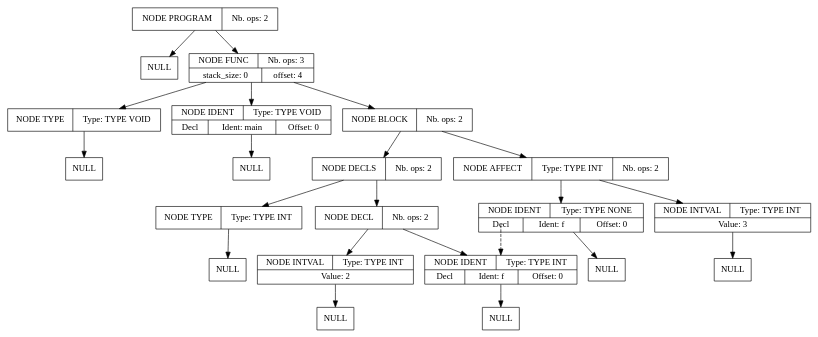
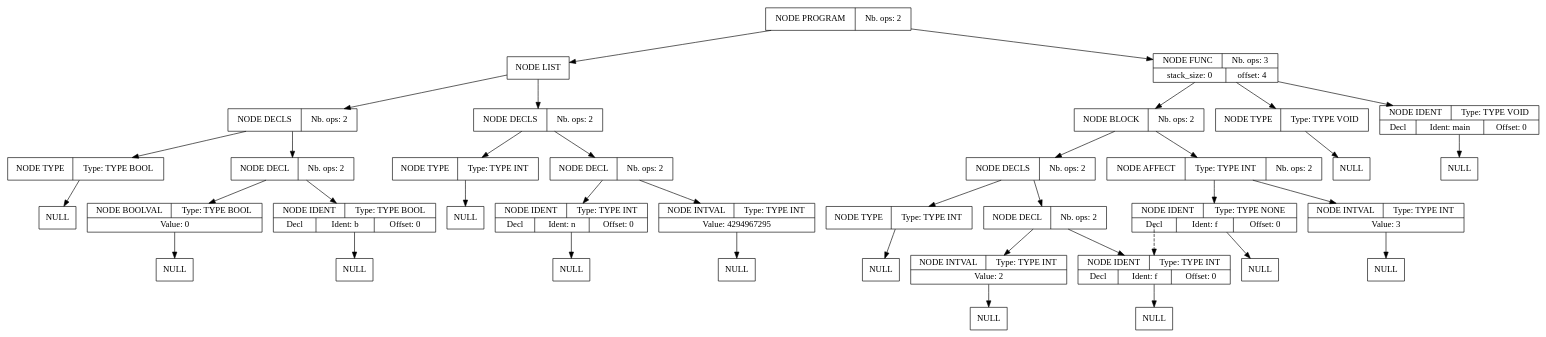
Before and after one commit to Serial-DeV/Compilation: the diagram in projet_compilation_src/src/fichier_dump_fin.dot, drawn with Graphviz. The commit also changed 12 other files, not shown here.

```diff
--- a/projet_compilation_src/src/fichier_dump_fin.dot
+++ b/projet_compilation_src/src/fichier_dump_fin.dot
@@ -1,65 +1,113 @@
 digraph global_vars {
     N1 [shape=record, label="{{NODE PROGRAM|Nb. ops: 2}}"];
-    N2 [shape=record, label="{{NULL}}"];
-    edge[tailclip=true];
-    N1 -> N2
-    N3 [shape=record, label="{{NODE FUNC|Nb. ops: 3}|{stack_size: 0|offset: 4}}"];
-    N4 [shape=record, label="{{NODE TYPE|Type: TYPE VOID}}"];
+    N2 [shape=record, label="{{NODE LIST}}"];
+    N3 [shape=record, label="{{NODE DECLS|Nb. ops: 2}}"];
+    N4 [shape=record, label="{{NODE TYPE|Type: TYPE INT}}"];
     N5 [shape=record, label="{{NULL}}"];
     edge[tailclip=true];
     N4 -> N5
     edge[tailclip=true];
     N3 -> N4
-    N6 [shape=record, label="{{NODE IDENT|Type: TYPE VOID}|{<decl>Decl      |Ident: main|Offset: 0}}"];
-    N7 [shape=record, label="{{NULL}}"];
+    N6 [shape=record, label="{{NODE DECL|Nb. ops: 2}}"];
+    N7 [shape=record, label="{{NODE IDENT|Type: TYPE INT}|{<decl>Decl      |Ident: n|Offset: 0}}"];
+    N8 [shape=record, label="{{NULL}}"];
+    edge[tailclip=true];
+    N7 -> N8
     edge[tailclip=true];
     N6 -> N7
+    N9 [shape=record, label="{{NODE INTVAL|Type: TYPE INT}|{Value: 4294967295}}"];
+    N10 [shape=record, label="{{NULL}}"];
+    edge[tailclip=true];
+    N9 -> N10
+    edge[tailclip=true];
+    N6 -> N9
     edge[tailclip=true];
     N3 -> N6
-    N8 [shape=record, label="{{NODE BLOCK|Nb. ops: 2}}"];
-    N9 [shape=record, label="{{NODE DECLS|Nb. ops: 2}}"];
-    N10 [shape=record, label="{{NODE TYPE|Type: TYPE INT}}"];
-    N11 [shape=record, label="{{NULL}}"];
     edge[tailclip=true];
-    N10 -> N11
-    edge[tailclip=true];
-    N9 -> N10
-    N12 [shape=record, label="{{NODE DECL|Nb. ops: 2}}"];
-    N13 [shape=record, label="{{NODE IDENT|Type: TYPE INT}|{<decl>Decl      |Ident: f|Offset: 0}}"];
-    N14 [shape=record, label="{{NULL}}"];
-    edge[tailclip=true];
-    N13 -> N14
+    N2 -> N3
+    N11 [shape=record, label="{{NODE DECLS|Nb. ops: 2}}"];
+    N12 [shape=record, label="{{NODE TYPE|Type: TYPE BOOL}}"];
+    N13 [shape=record, label="{{NULL}}"];
     edge[tailclip=true];
     N12 -> N13
-    N15 [shape=record, label="{{NODE INTVAL|Type: TYPE INT}|{Value: 2}}"];
+    edge[tailclip=true];
+    N11 -> N12
+    N14 [shape=record, label="{{NODE DECL|Nb. ops: 2}}"];
+    N15 [shape=record, label="{{NODE IDENT|Type: TYPE BOOL}|{<decl>Decl      |Ident: b|Offset: 0}}"];
     N16 [shape=record, label="{{NULL}}"];
     edge[tailclip=true];
     N15 -> N16
     edge[tailclip=true];
-    N12 -> N15
-    edge[tailclip=true];
-    N9 -> N12
-    edge[tailclip=true];
-    N8 -> N9
-    N17 [shape=record, label="{{NODE AFFECT|Type: TYPE INT|Nb. ops: 2}}"];
-    N18 [shape=record, label="{{NODE IDENT|Type: TYPE NONE}|{<decl>Decl      |Ident: f|Offset: 0}}"];
-    edge[tailclip=false];
-    "N18":decl:c -> "N13" [style=dashed]
-    N19 [shape=record, label="{{NULL}}"];
-    edge[tailclip=true];
-    N18 -> N19
+    N14 -> N15
+    N17 [shape=record, label="{{NODE BOOLVAL|Type: TYPE BOOL}|{Value: 0}}"];
+    N18 [shape=record, label="{{NULL}}"];
     edge[tailclip=true];
     N17 -> N18
-    N20 [shape=record, label="{{NODE INTVAL|Type: TYPE INT}|{Value: 3}}"];
+    edge[tailclip=true];
+    N14 -> N17
+    edge[tailclip=true];
+    N11 -> N14
+    edge[tailclip=true];
+    N2 -> N11
+    edge[tailclip=true];
+    N1 -> N2
+    N19 [shape=record, label="{{NODE FUNC|Nb. ops: 3}|{stack_size: 0|offset: 4}}"];
+    N20 [shape=record, label="{{NODE TYPE|Type: TYPE VOID}}"];
     N21 [shape=record, label="{{NULL}}"];
     edge[tailclip=true];
     N20 -> N21
     edge[tailclip=true];
-    N17 -> N20
+    N19 -> N20
+    N22 [shape=record, label="{{NODE IDENT|Type: TYPE VOID}|{<decl>Decl      |Ident: main|Offset: 0}}"];
+    N23 [shape=record, label="{{NULL}}"];
     edge[tailclip=true];
-    N8 -> N17
+    N22 -> N23
     edge[tailclip=true];
-    N3 -> N8
+    N19 -> N22
+    N24 [shape=record, label="{{NODE BLOCK|Nb. ops: 2}}"];
+    N25 [shape=record, label="{{NODE DECLS|Nb. ops: 2}}"];
+    N26 [shape=record, label="{{NODE TYPE|Type: TYPE INT}}"];
+    N27 [shape=record, label="{{NULL}}"];
     edge[tailclip=true];
-    N1 -> N3
+    N26 -> N27
+    edge[tailclip=true];
+    N25 -> N26
+    N28 [shape=record, label="{{NODE DECL|Nb. ops: 2}}"];
+    N29 [shape=record, label="{{NODE IDENT|Type: TYPE INT}|{<decl>Decl      |Ident: f|Offset: 0}}"];
+    N30 [shape=record, label="{{NULL}}"];
+    edge[tailclip=true];
+    N29 -> N30
+    edge[tailclip=true];
+    N28 -> N29
+    N31 [shape=record, label="{{NODE INTVAL|Type: TYPE INT}|{Value: 2}}"];
+    N32 [shape=record, label="{{NULL}}"];
+    edge[tailclip=true];
+    N31 -> N32
+    edge[tailclip=true];
+    N28 -> N31
+    edge[tailclip=true];
+    N25 -> N28
+    edge[tailclip=true];
+    N24 -> N25
+    N33 [shape=record, label="{{NODE AFFECT|Type: TYPE INT|Nb. ops: 2}}"];
+    N34 [shape=record, label="{{NODE IDENT|Type: TYPE NONE}|{<decl>Decl      |Ident: f|Offset: 0}}"];
+    edge[tailclip=false];
+    "N34":decl:c -> "N29" [style=dashed]
+    N35 [shape=record, label="{{NULL}}"];
+    edge[tailclip=true];
+    N34 -> N35
+    edge[tailclip=true];
+    N33 -> N34
+    N36 [shape=record, label="{{NODE INTVAL|Type: TYPE INT}|{Value: 3}}"];
+    N37 [shape=record, label="{{NULL}}"];
+    edge[tailclip=true];
+    N36 -> N37
+    edge[tailclip=true];
+    N33 -> N36
+    edge[tailclip=true];
+    N24 -> N33
+    edge[tailclip=true];
+    N19 -> N24
+    edge[tailclip=true];
+    N1 -> N19
 }
```
